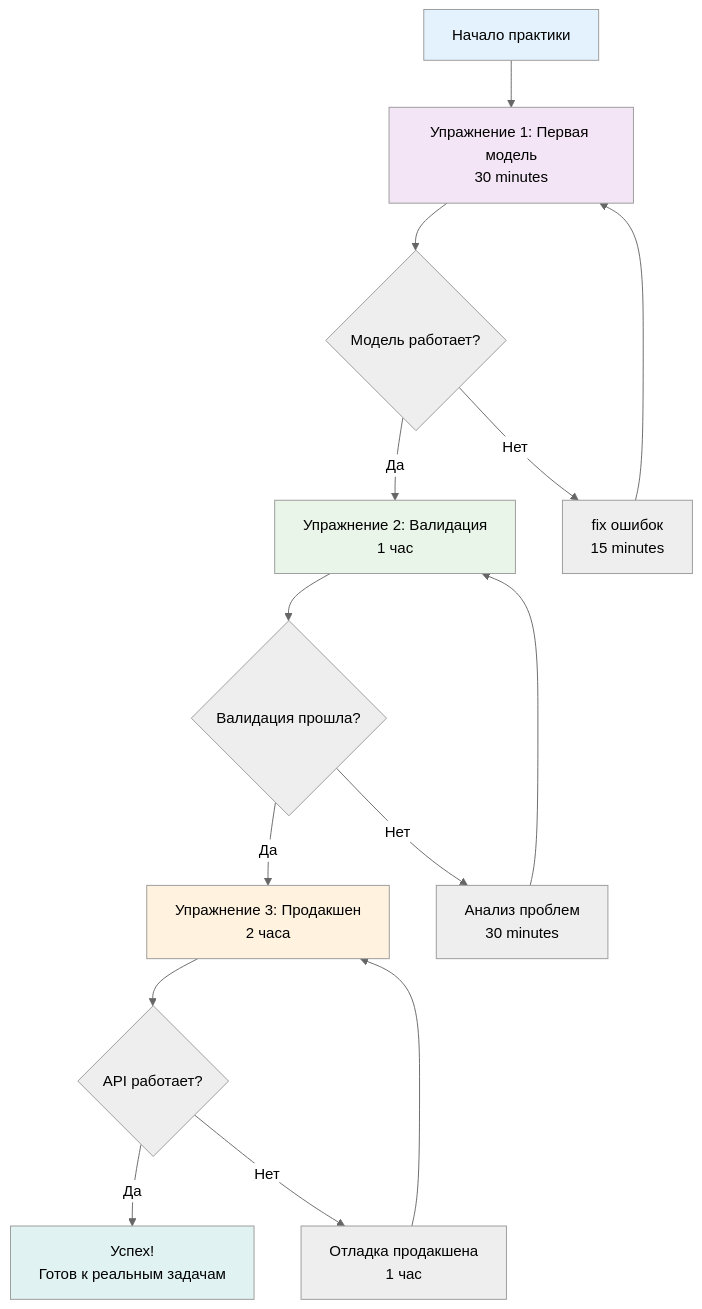
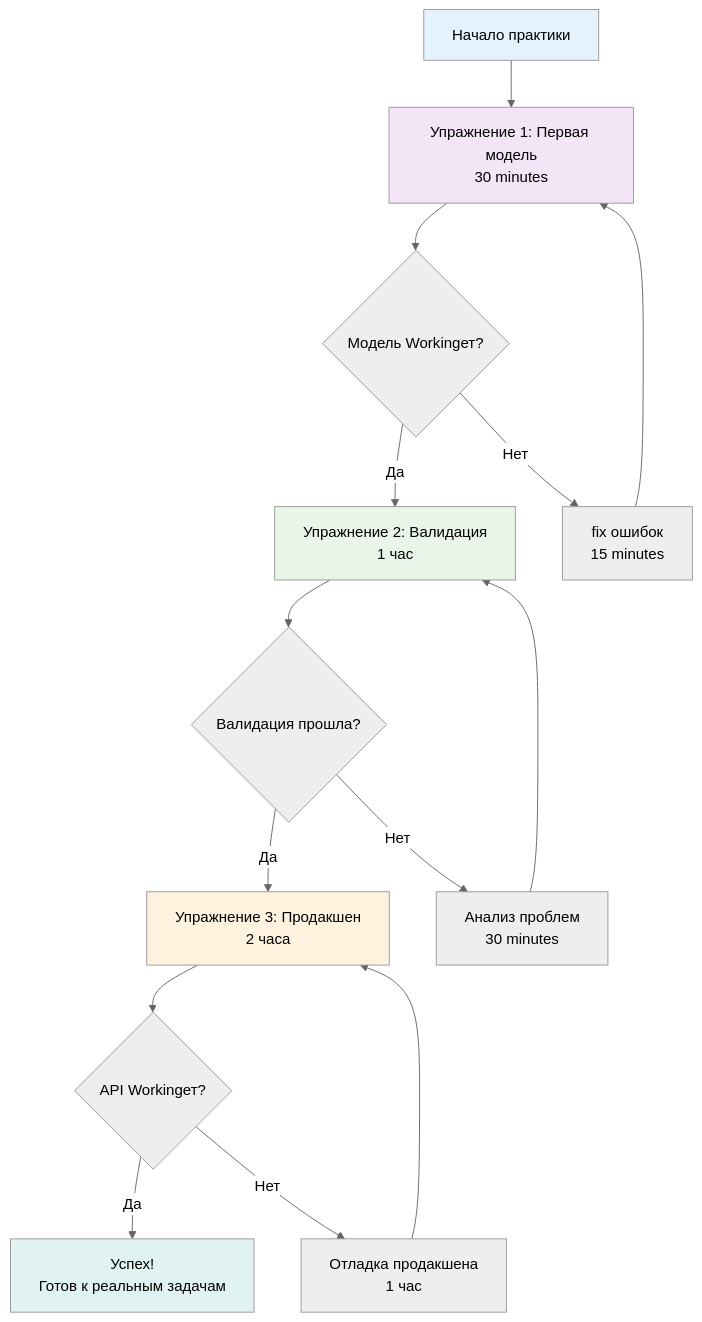
Before and after one commit to NeoZorK/neozork-hld-prediction: the fifth of 8 diagrams in docs/automl/gluon/25_reading_guide.md, drawn with Mermaid (neutral theme). The commit also changed other lines of this file and 108 other files, not shown here.

````diff
--- a/docs/automl/gluon/25_reading_guide.md
+++ b/docs/automl/gluon/25_reading_guide.md
@@ -914,24 +914,24 @@
 ```mermaid
 graph TD
  A[Начало практики] --> B[Упражнение 1: Первая модель<br/>30 minutes]
- B --> C{Модель работает?}
+ B --> C{Модель Workingет?}
  C -->|Да| D[Упражнение 2: Валидация<br/>1 час]
  C -->|Нет| E[fix ошибок<br/>15 minutes]
  E --> B
 
  D --> F{Валидация прошла?}
  F -->|Да| G[Упражнение 3: Продакшен<br/>2 часа]
  F -->|Нет| H[Анализ проблем<br/>30 minutes]
  H --> D
 
- G --> I{API работает?}
+ G --> I{API Workingет?}
  I -->|Да| J[Успех!<br/>Готов к реальным задачам]
  I -->|Нет| K[Отладка продакшена<br/>1 час]
  K --> G
 
  style A fill:#e3f2fd
  style B fill:#f3e5f5
  style D fill:#e8f5e8
  style G fill:#fff3e0
  style J fill:#e0f2f1
 ```
````
